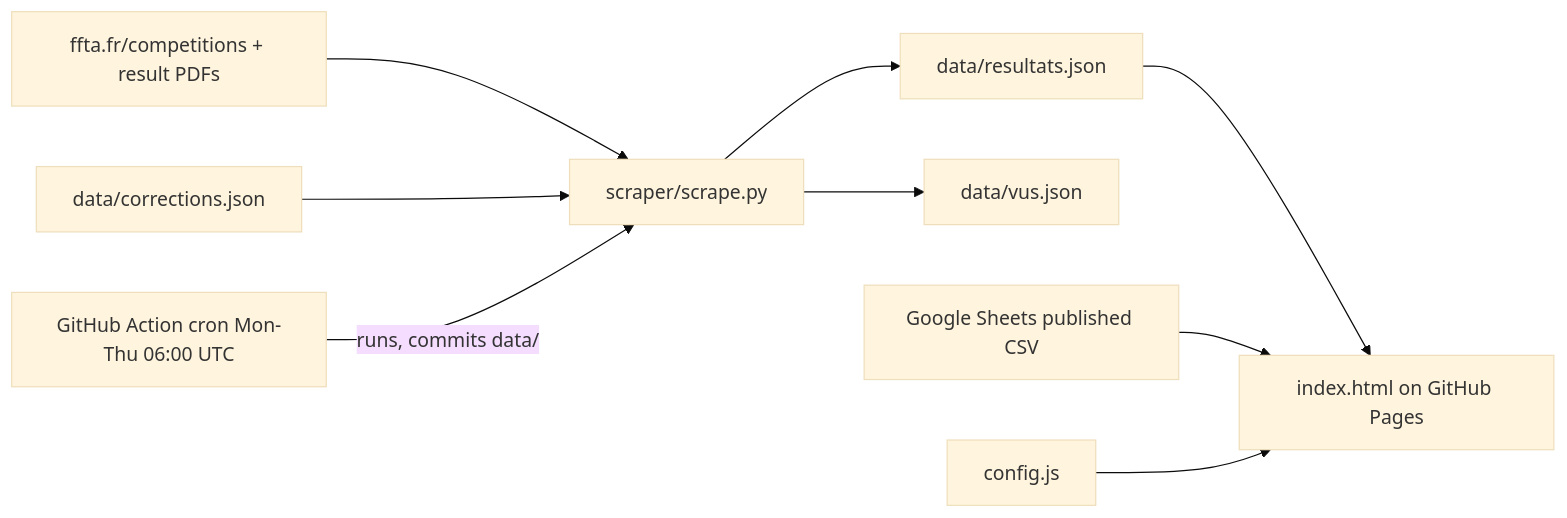
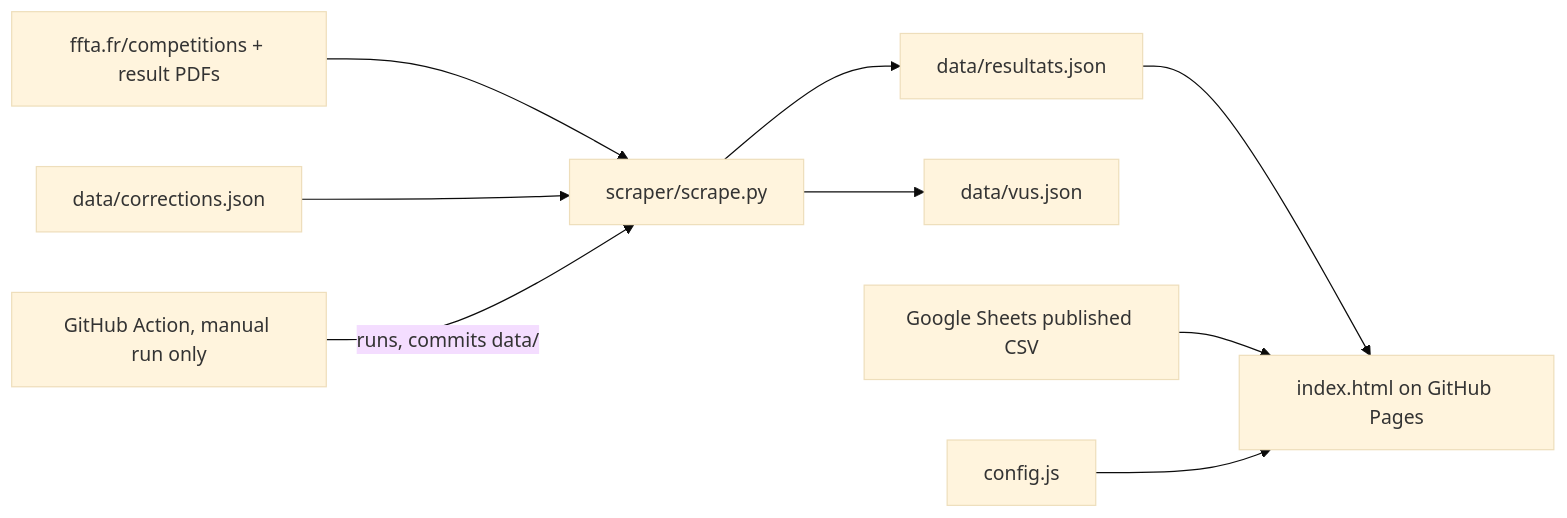
Before and after one commit to archersdelerdre/affichage-club: the diagram in AGENTS.md, drawn with Mermaid (base theme). The commit also changed other lines of this file and 5 other files, not shown here.

````diff
--- a/AGENTS.md
+++ b/AGENTS.md
@@ -12,11 +12,11 @@
 ```mermaid
 flowchart LR
   FFTA[ffta.fr/competitions + result PDFs] --> S[scraper/scrape.py]
   C[data/corrections.json] --> S
   S --> R[data/resultats.json]
   S --> V[data/vus.json]
-  GA[GitHub Action cron Mon-Thu 06:00 UTC] -->|runs, commits data/| S
+  GA[GitHub Action, manual run only] -->|runs, commits data/| S
   R --> P[index.html on GitHub Pages]
   G[Google Sheets published CSV] --> P
   CFG[config.js] --> P
 ```
````
